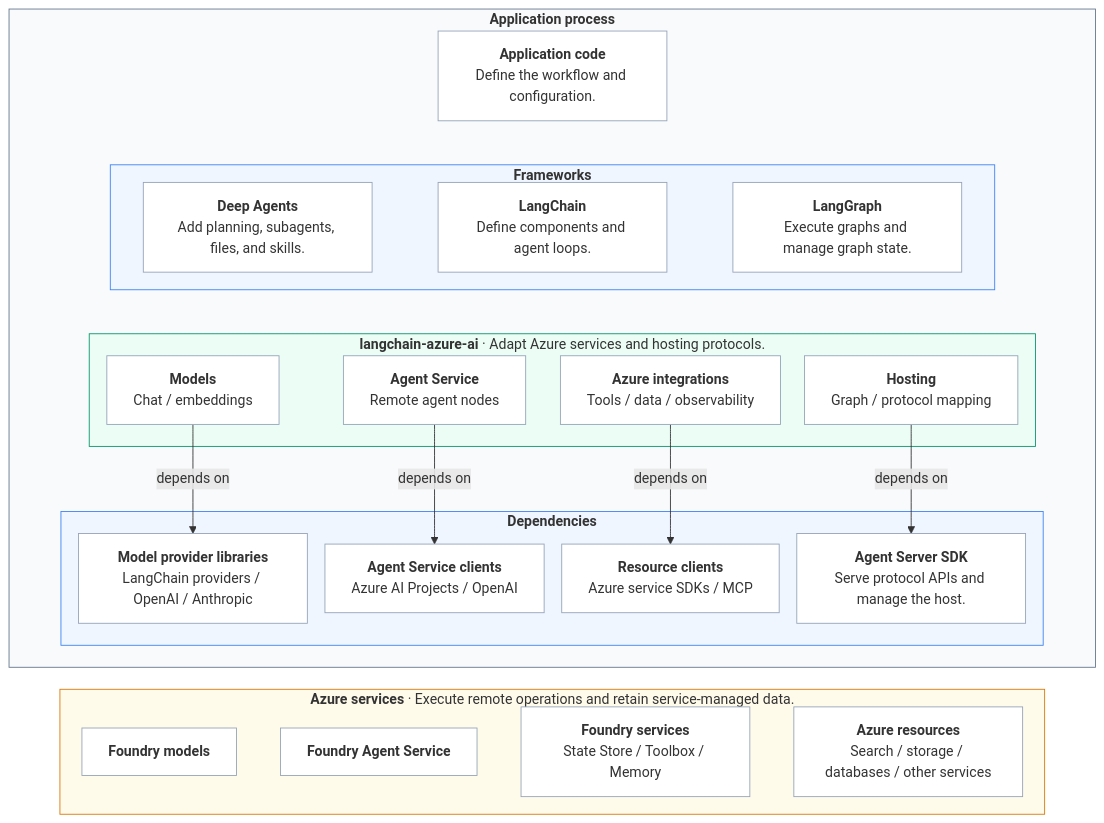
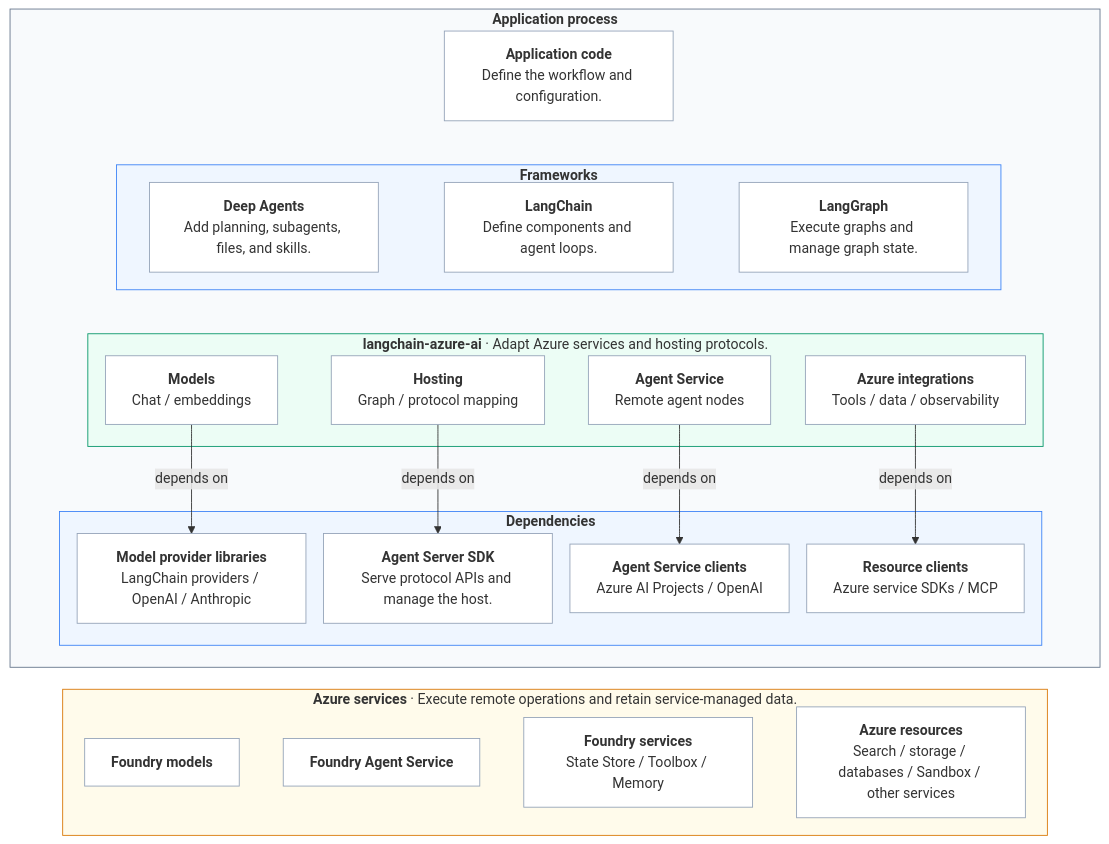
One commit to herohua/langchain-azure changed the first of 3 diagrams in libs/azure-ai/docs/overview.md. Above: the diagram before and after it, drawn with Mermaid.

Commit message:
docs(azure-ai): arrange overview layers and include Sandbox

````diff
--- a/libs/azure-ai/docs/overview.md
+++ b/libs/azure-ai/docs/overview.md
@@ -16,48 +16,48 @@
 ```mermaid
 %%{init: {"flowchart": {"nodeSpacing": 20, "rankSpacing": 25}}}%%
 flowchart TB
     subgraph process["<b>Application process</b>"]
         direction TB
         app["<b>Application code</b><br/>Define the workflow and configuration."]
         subgraph frameworks["<b>Frameworks</b>"]
             direction LR
             deep["<b>Deep Agents</b><br/>Add planning, subagents, files, and skills."]
             langchain["<b>LangChain</b><br/>Define components and agent loops."]
             langgraph["<b>LangGraph</b><br/>Execute graphs and manage graph state."]
             deep ~~~ langchain ~~~ langgraph
         end
         subgraph package["<b>langchain-azure-ai</b> · Adapt Azure services and hosting protocols."]
             models["<b>Models</b><br/>Chat / embeddings"]
+            hosting["<b>Hosting</b><br/>Graph / protocol mapping"]
             agents["<b>Agent Service</b><br/>Remote agent nodes"]
             integrations["<b>Azure integrations</b><br/>Tools / data / observability"]
-            hosting["<b>Hosting</b><br/>Graph / protocol mapping"]
         end
         subgraph support["<b>Dependencies</b>"]
             providers["<b>Model provider libraries</b><br/>LangChain providers / OpenAI / Anthropic"]
+            server["<b>Agent Server SDK</b><br/>Serve protocol APIs and manage the host."]
             agentClients["<b>Agent Service clients</b><br/>Azure AI Projects / OpenAI"]
             resourceClients["<b>Resource clients</b><br/>Azure service SDKs / MCP"]
-            server["<b>Agent Server SDK</b><br/>Serve protocol APIs and manage the host."]
         end
         app ~~~ frameworks
-        frameworks ~~~ models & agents & integrations & hosting
+        frameworks ~~~ models & hosting & agents & integrations
         models -->|depends on| providers
+        hosting -->|depends on| server
         agents -->|depends on| agentClients
         integrations -->|depends on| resourceClients
-        hosting -->|depends on| server
     end
     subgraph remote["<b>Azure services</b> · Execute remote operations and retain service-managed data."]
         direction LR
         foundryModels["<b>Foundry models</b>"]
         foundryAgents["<b>Foundry Agent Service</b>"]
         foundryServices["<b>Foundry services</b><br/>State Store / Toolbox / Memory"]
-        azure["<b>Azure resources</b><br/>Search / storage / databases / other services"]
+        azure["<b>Azure resources</b><br/>Search / storage / databases / Sandbox / other services"]
         foundryModels ~~~ foundryAgents ~~~ foundryServices ~~~ azure
     end
     process ~~~ remote
     style process fill:#f8fafc,stroke:#64748b
     style frameworks fill:#eff6ff,stroke:#3b82f6
     style package fill:#ecfdf5,stroke:#059669
     style support fill:#eff6ff,stroke:#3b82f6
     style remote fill:#fffbeb,stroke:#d97706
     classDef default fill:#ffffff,stroke:#94a3b8
 ```
````
